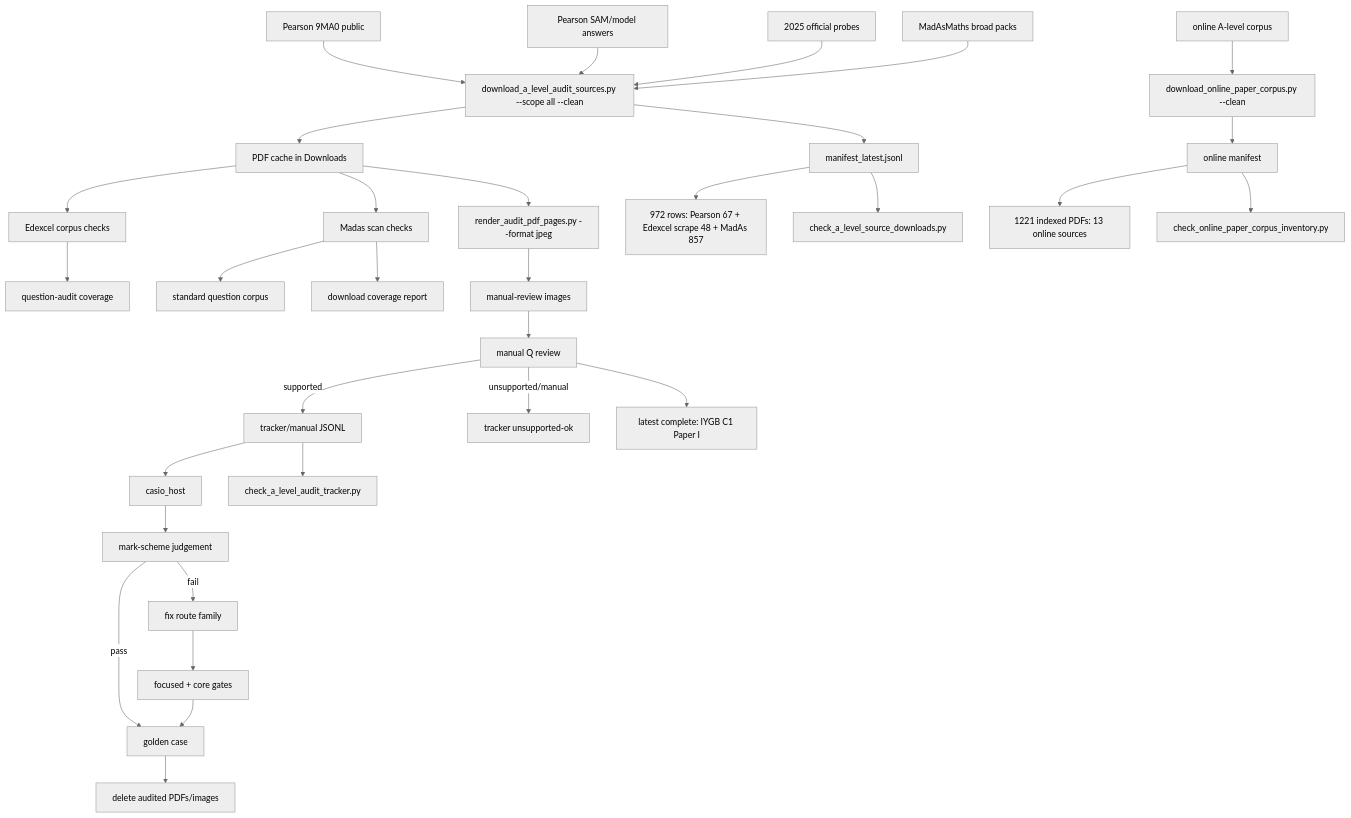
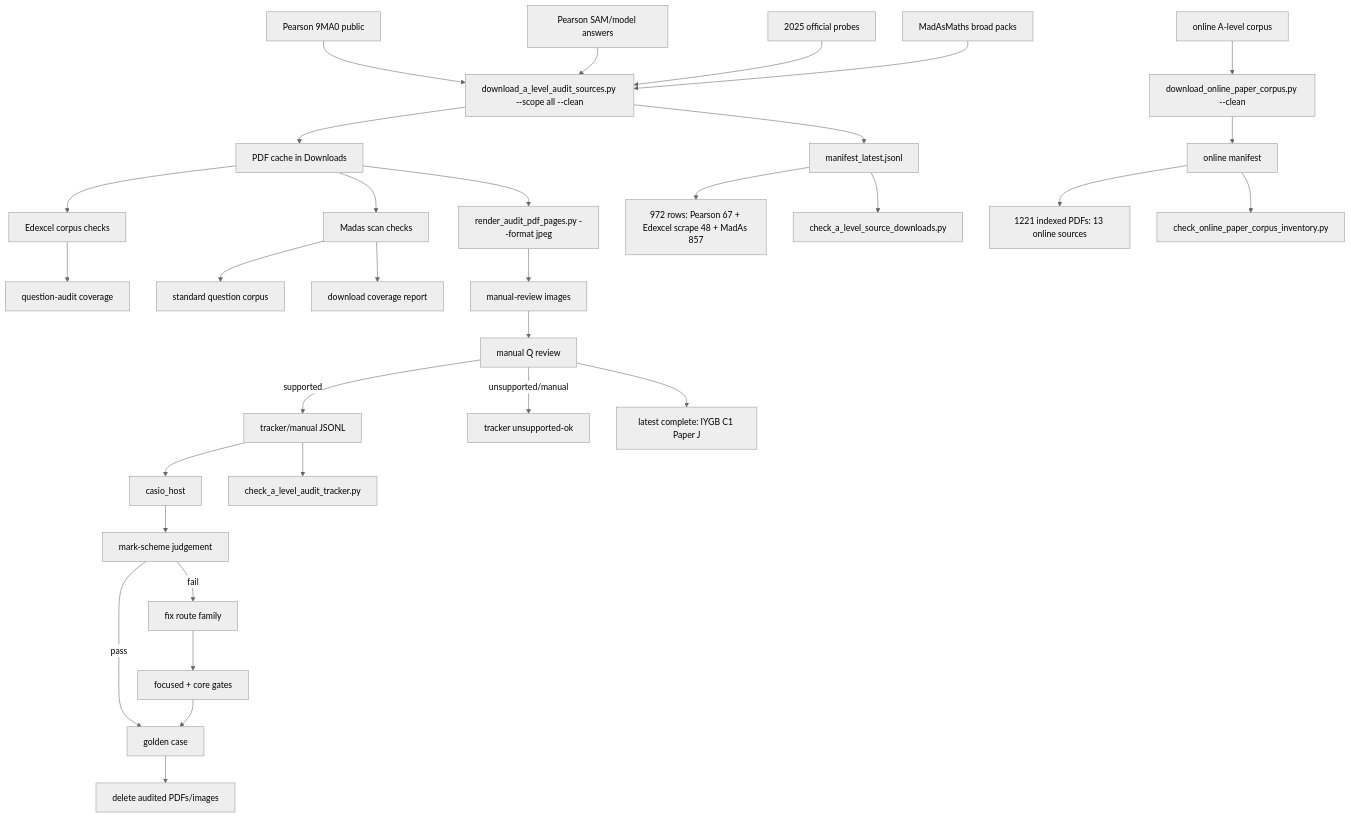
The diagram in c++/tools/golden/a_level_audit_graph.md (james8464/notes-addin-casio-fx-cg50), drawn with Mermaid (neutral theme) before and after one commit. The commit also changed other lines of this file and 2 other files, not shown here.

Commit message:
Audit IYGB C1 Paper J

````diff
--- a/c++/tools/golden/a_level_audit_graph.md
+++ b/c++/tools/golden/a_level_audit_graph.md
@@ -3,34 +3,34 @@
 ```mermaid
 graph TD
   E1["Pearson 9MA0 public"] --> D["download_a_level_audit_sources.py --scope all --clean"]
   E2["Pearson SAM/model answers"] --> D
   E3["2025 official probes"] --> D
   M1["MadAsMaths broad packs"] --> D
   O1["online A-level corpus"] --> OD["download_online_paper_corpus.py --clean"]
   D --> P["PDF cache in Downloads"]
   D --> X["manifest_latest.jsonl"]
   OD --> OX["online manifest"]
   X --> XC["972 rows: Pearson 67 + Edexcel scrape 48 + MadAs 857"]
   OX --> OC["1221 indexed PDFs: 13 online sources"]
   X --> V["check_a_level_source_downloads.py"]
   OX --> OV["check_online_paper_corpus_inventory.py"]
   P --> E["Edexcel corpus checks"]
   E --> EQ["question-audit coverage"]
   P --> S["Madas scan checks"]
   S --> M["standard question corpus"]
   S --> MC["download coverage report"]
   P --> R["render_audit_pdf_pages.py --format jpeg"]
   R --> I["manual-review images"]
   I --> Q["manual Q review"]
   Q -->|supported| J["tracker/manual JSONL"]
   Q -->|unsupported/manual| U["tracker unsupported-ok"]
   J --> H["casio_host"]
   J --> K["check_a_level_audit_tracker.py"]
   H --> C["mark-scheme judgement"]
   C -->|pass| G["golden case"]
   C -->|fail| F["fix route family"]
   F --> T["focused + core gates"]
   T --> G
   G --> Z["delete audited PDFs/images"]
-  Q --> Qt["latest complete: IYGB C1 Paper I"]
+  Q --> Qt["latest complete: IYGB C1 Paper J"]
 ```
````
